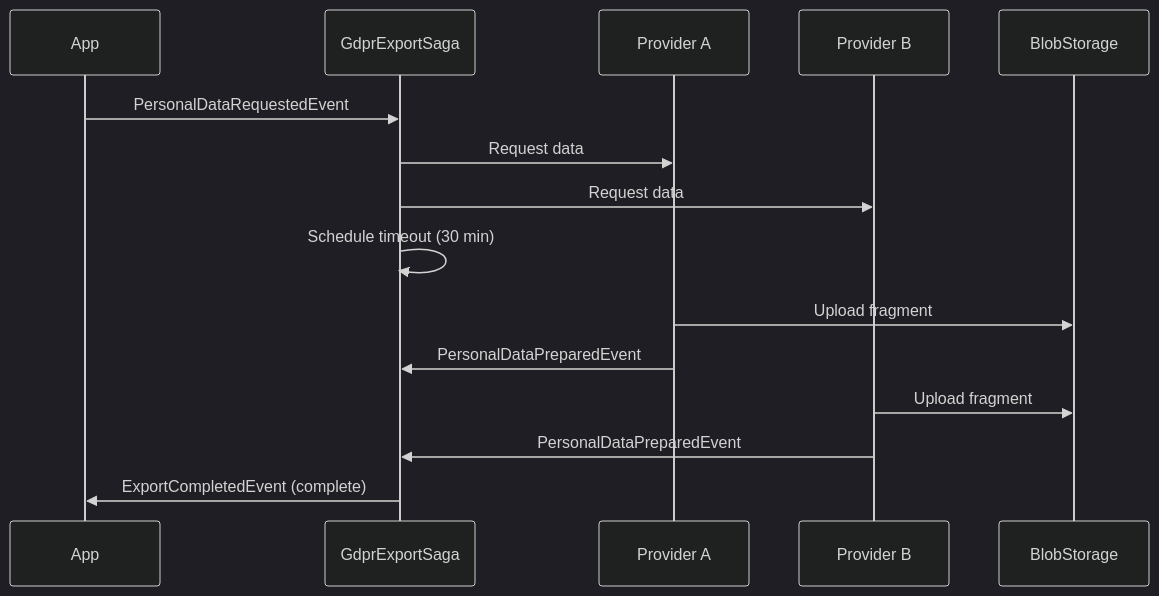
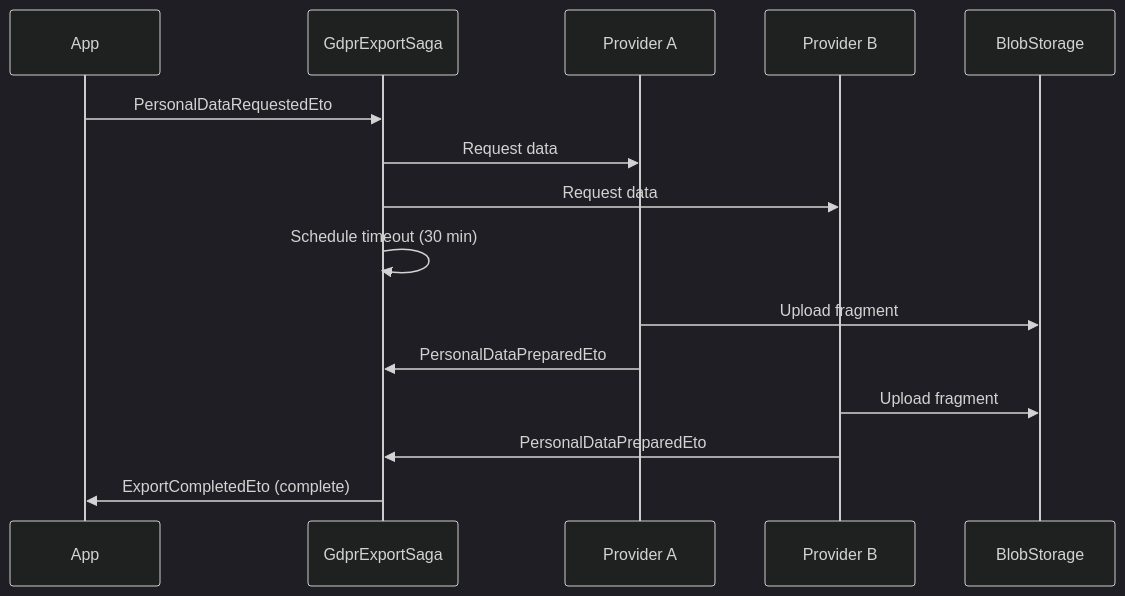
The second of 2 diagrams in docs-site/src/content/docs/dotnet/architecture/patterns/saga-process-manager.md (granit-fx/granit-dotnet), drawn with Mermaid (dark theme) before and after one commit. The commit also changed other lines of this file and 49 other files, not shown here.

First line of the commit message:
refactor(events): standardize event naming — *Event for domain, *Eto for integration (#461)

````diff
--- a/docs-site/src/content/docs/dotnet/architecture/patterns/saga-process-manager.md
+++ b/docs-site/src/content/docs/dotnet/architecture/patterns/saga-process-manager.md
@@ -31,18 +31,18 @@
 ```mermaid
 sequenceDiagram
     participant App
     participant Saga as GdprExportSaga
     participant P1 as Provider A
     participant P2 as Provider B
     participant Blob as BlobStorage
 
-    App->>Saga: PersonalDataRequestedEvent
+    App->>Saga: PersonalDataRequestedEto
     Saga->>P1: Request data
     Saga->>P2: Request data
     Saga->>Saga: Schedule timeout (30 min)
     P1->>Blob: Upload fragment
-    P1->>Saga: PersonalDataPreparedEvent
+    P1->>Saga: PersonalDataPreparedEto
     P2->>Blob: Upload fragment
-    P2->>Saga: PersonalDataPreparedEvent
-    Saga->>App: ExportCompletedEvent (complete)
+    P2->>Saga: PersonalDataPreparedEto
+    Saga->>App: ExportCompletedEto (complete)
 ```
````
